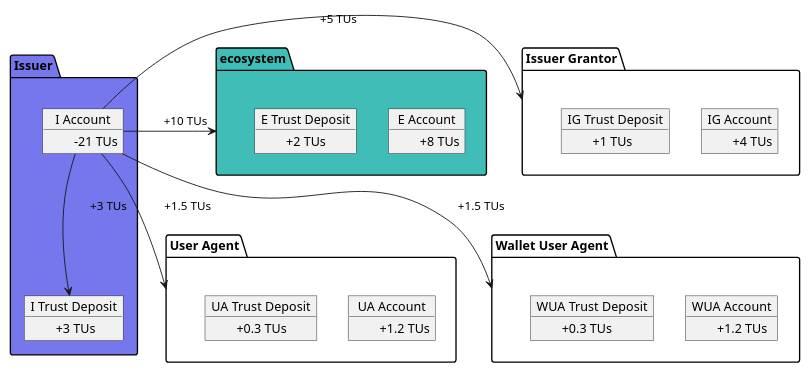
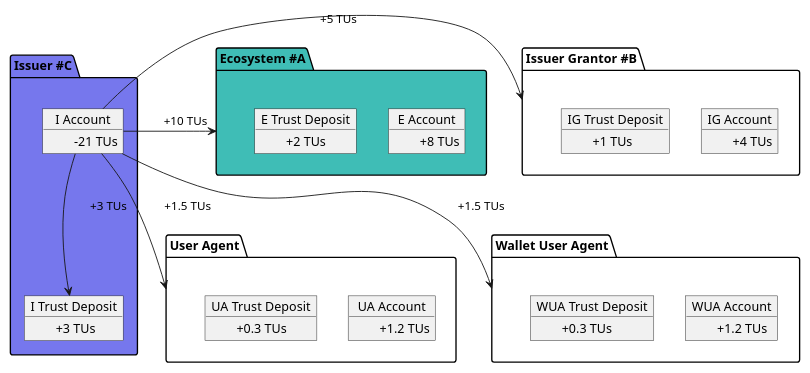
One commit to verana-labs/verifiable-trust-vpr-spec changed the tenth of 19 diagrams in spec.md. Above: the diagram before and after it, drawn with PlantUML. The commit also changed other lines of this file and 1 other file, not shown here.

````diff
--- a/spec.md
+++ b/spec.md
@@ -773,65 +773,65 @@
 ```plantuml
 
 @startuml
 scale max 800 width
  
 
-package "ecosystem" as tr #3fbdb6 {
+package "Ecosystem #A" as tr #3fbdb6 {
     object "E Account" as tra {
          \t+8 TUs
     }
     object "E Trust Deposit" as trtd {
          \t+2 TUs
     }
 }
 
-package "Issuer Grantor" as ig {
+package "Issuer Grantor #B" as ig {
     object "IG Account" as iga {
         \t+4 TUs
     }
     object "IG Trust Deposit" as igtd {
         \t+1 TUs
     }
 }
-package "Issuer" as issuer #7677ed {
+package "Issuer #C" as issuer #7677ed {
     object "I Account" as issuera {
          \t-21 TUs
     }
     object "I Trust Deposit" as issuertd {
          \t+3 TUs
     }
 
 }
 
 package "User Agent" as ua {
     object "UA Account" as uaa {
          \t+1.2 TUs
     }
     object "UA Trust Deposit" as uatd {
         \t+0.3 TUs
     }
 
 }
 package "Wallet User Agent" as wua {
     object "WUA Account" as wuaa {
          \t+1.2 TUs
     }
     object "WUA Trust Deposit" as wuatd {
         \t+0.3 TUs
     }
 
 }
 
 issuera -r-> tr: \t+10 TUs
 
 issuera -r-> ig: \t+5 TUs
 
 issuera -d-> ua: \t+1.5 TUs
 
 issuera -d-> wua: \t+1.5 TUs
 
 issuera --> issuertd:  \t+3 TUs
 
 @enduml
 
 ```
````
